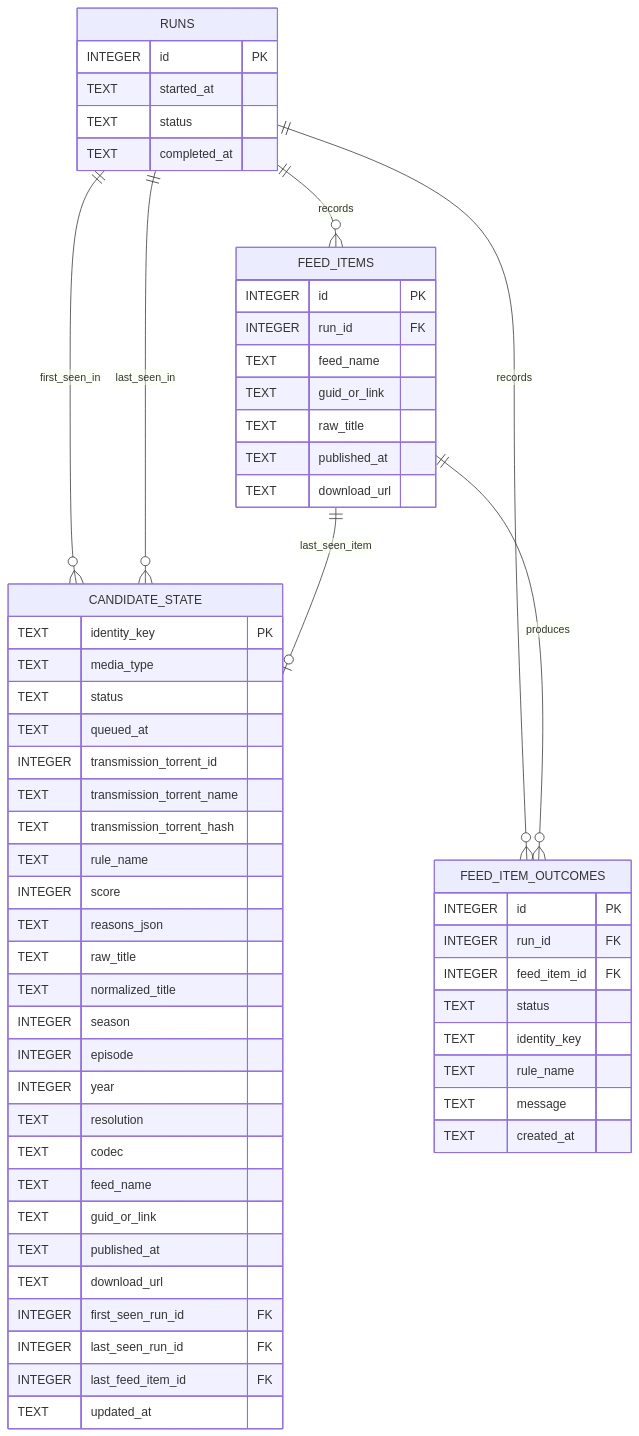
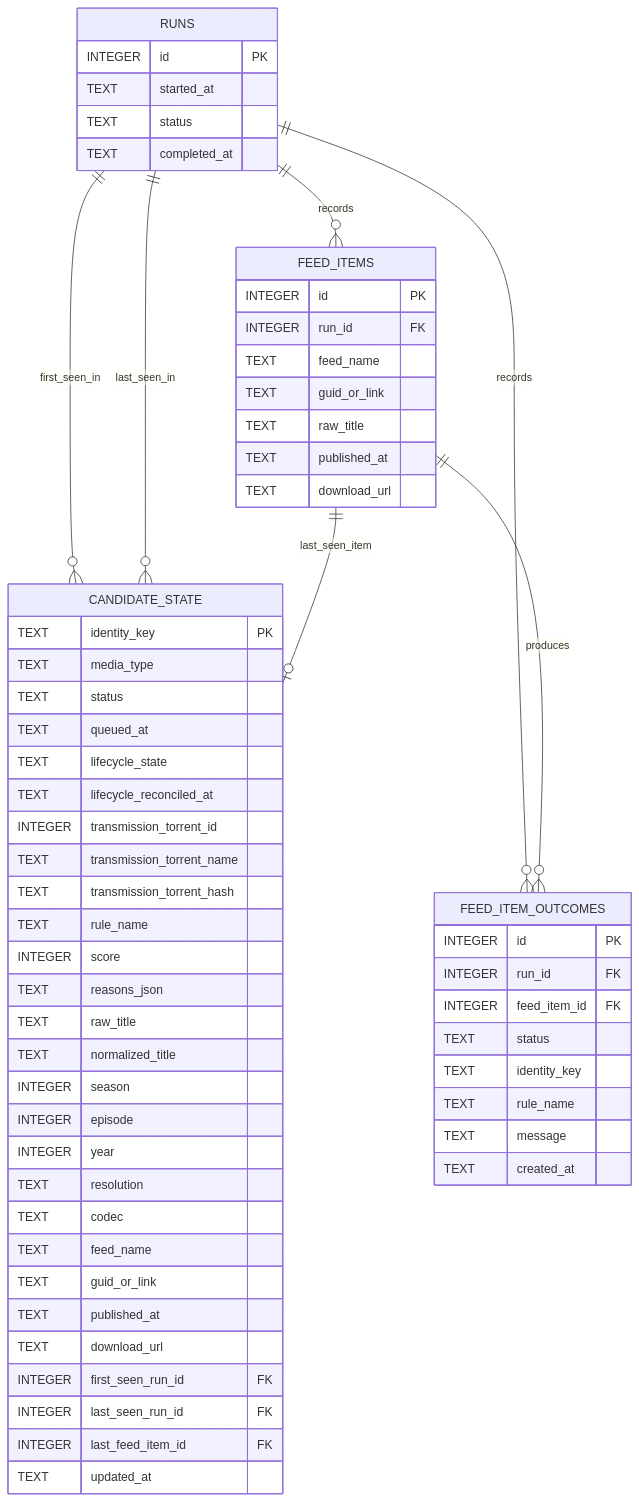
One commit to cesarnml/pirate_claw changed the diagram in docs/03-engineering/sqlite-schema.mmd. Above: the diagram before and after it, drawn with Mermaid. The commit also changed 10 other files, not shown here.

```diff
--- a/docs/03-engineering/sqlite-schema.mmd
+++ b/docs/03-engineering/sqlite-schema.mmd
@@ -1,63 +1,65 @@
 erDiagram
   RUNS {
     INTEGER id PK
     TEXT started_at
     TEXT status
     TEXT completed_at
   }
 
   FEED_ITEMS {
     INTEGER id PK
     INTEGER run_id FK
     TEXT feed_name
     TEXT guid_or_link
     TEXT raw_title
     TEXT published_at
     TEXT download_url
   }
 
   CANDIDATE_STATE {
     TEXT identity_key PK
     TEXT media_type
     TEXT status
     TEXT queued_at
+    TEXT lifecycle_state
+    TEXT lifecycle_reconciled_at
     INTEGER transmission_torrent_id
     TEXT transmission_torrent_name
     TEXT transmission_torrent_hash
     TEXT rule_name
     INTEGER score
     TEXT reasons_json
     TEXT raw_title
     TEXT normalized_title
     INTEGER season
     INTEGER episode
     INTEGER year
     TEXT resolution
     TEXT codec
     TEXT feed_name
     TEXT guid_or_link
     TEXT published_at
     TEXT download_url
     INTEGER first_seen_run_id FK
     INTEGER last_seen_run_id FK
     INTEGER last_feed_item_id FK
     TEXT updated_at
   }
 
   FEED_ITEM_OUTCOMES {
     INTEGER id PK
     INTEGER run_id FK
     INTEGER feed_item_id FK
     TEXT status
     TEXT identity_key
     TEXT rule_name
     TEXT message
     TEXT created_at
   }
 
   RUNS ||--o{ FEED_ITEMS : records
   RUNS ||--o{ FEED_ITEM_OUTCOMES : records
   RUNS ||--o{ CANDIDATE_STATE : first_seen_in
   RUNS ||--o{ CANDIDATE_STATE : last_seen_in
   FEED_ITEMS ||--o| CANDIDATE_STATE : last_seen_item
   FEED_ITEMS ||--o{ FEED_ITEM_OUTCOMES : produces
```
